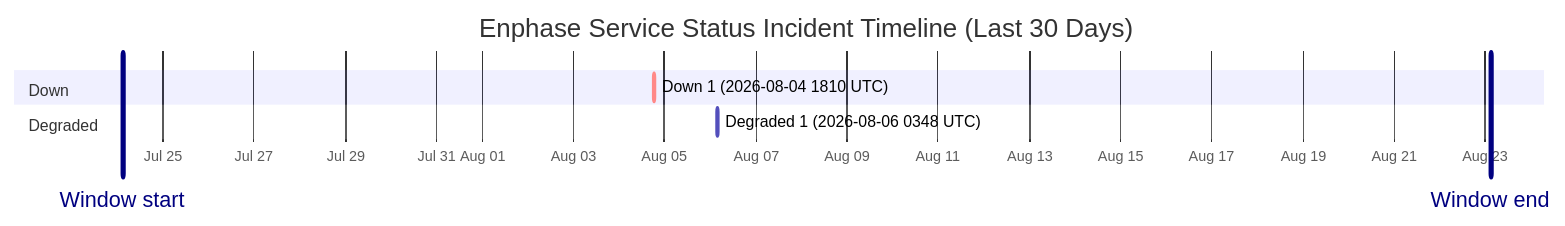
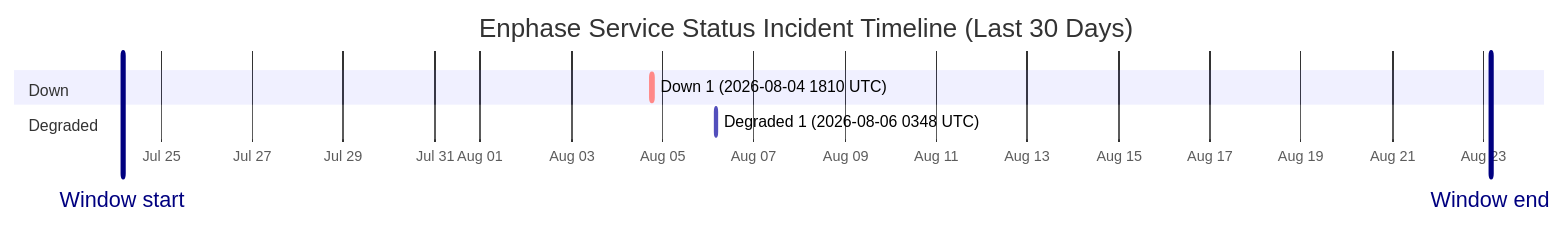
One commit to barneyonline/ha-enphase-energy changed the diagram in wiki/Service-Status-History.md. Above: the diagram before and after it, drawn with Mermaid. The commit also changed other lines of this file and 3 other files, not shown here.

````diff
--- a/wiki/Service-Status-History.md
+++ b/wiki/Service-Status-History.md
@@ -14,12 +14,12 @@
 ```mermaid
 gantt
     title Enphase Service Status Incident Timeline (Last 30 Days)
     dateFormat  YYYY-MM-DDTHH:mm:ss
     axisFormat  %b %d
-    Window start :vert, window-start, 2026-07-24T02:43:31, 0ms
-    Window end :vert, window-end, 2026-08-23T02:43:31, 0ms
+    Window start :vert, window-start, 2026-07-24T03:48:38, 0ms
+    Window end :vert, window-end, 2026-08-23T03:48:38, 0ms
     section Down
     Down 1 (2026-08-04 1810 UTC) :crit, down-1, 2026-08-04T18:10:46, 60m
     section Degraded
     Degraded 1 (2026-08-06 0348 UTC) :active, degraded-1, 2026-08-06T03:48:14, 60m
 ```
````
